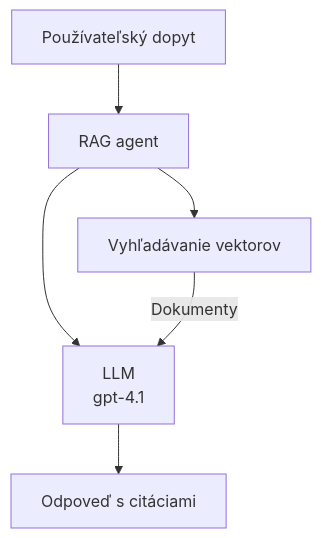
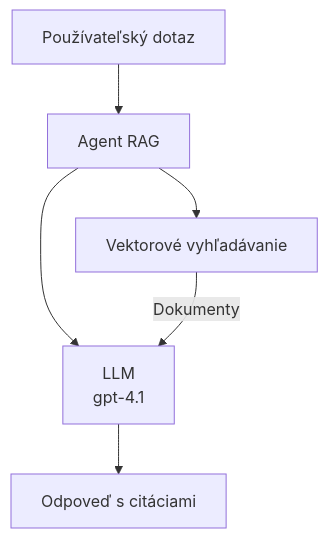
The second of 3 diagrams in translations/sk/docs/chapter-02-ai-development/agents.md (microsoft/AZD-for-beginners), drawn with Mermaid before and after one commit. The commit also changed other lines of this file and 104 other files, not shown here.

````diff
--- a/translations/sk/docs/chapter-02-ai-development/agents.md
+++ b/translations/sk/docs/chapter-02-ai-development/agents.md
@@ -175,8 +181,8 @@
 ```mermaid
 graph TD
-    Query[Používateľský dopyt] --> RAG[RAG agent]
-    RAG --> Vector[Vyhľadávanie vektorov]
+    Query[Používateľský dotaz] --> RAG[Agent RAG]
+    RAG --> Vector[Vektorové vyhľadávanie]
     RAG --> LLM[LLM<br/>gpt-4.1]
     Vector -- Dokumenty --> LLM
     LLM --> Response[Odpoveď s citáciami]
 ```
````
